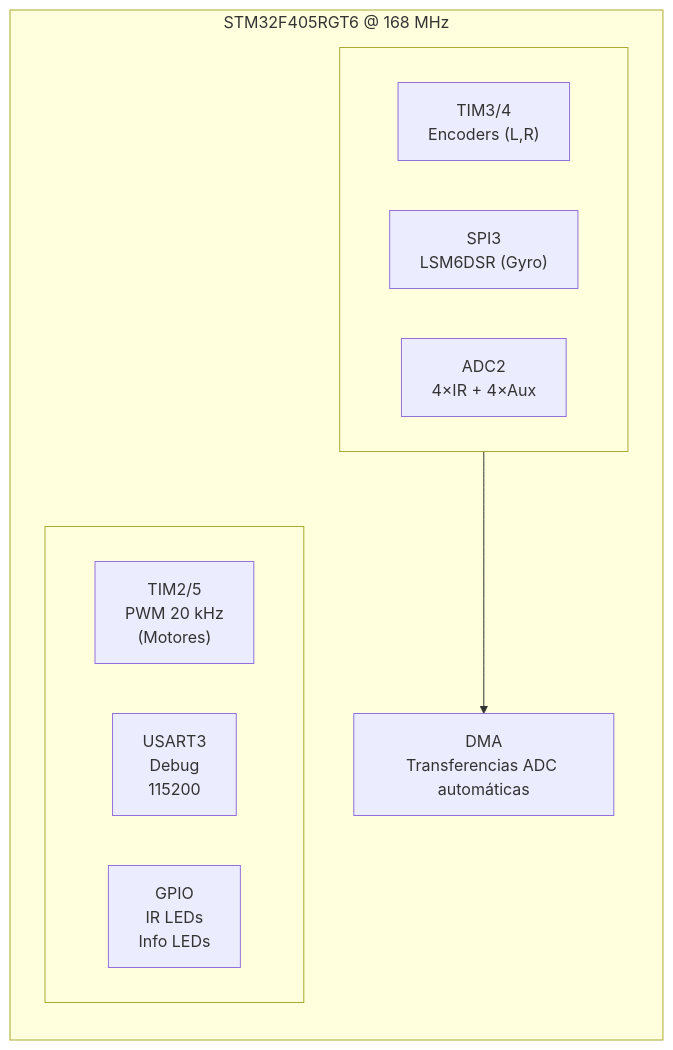
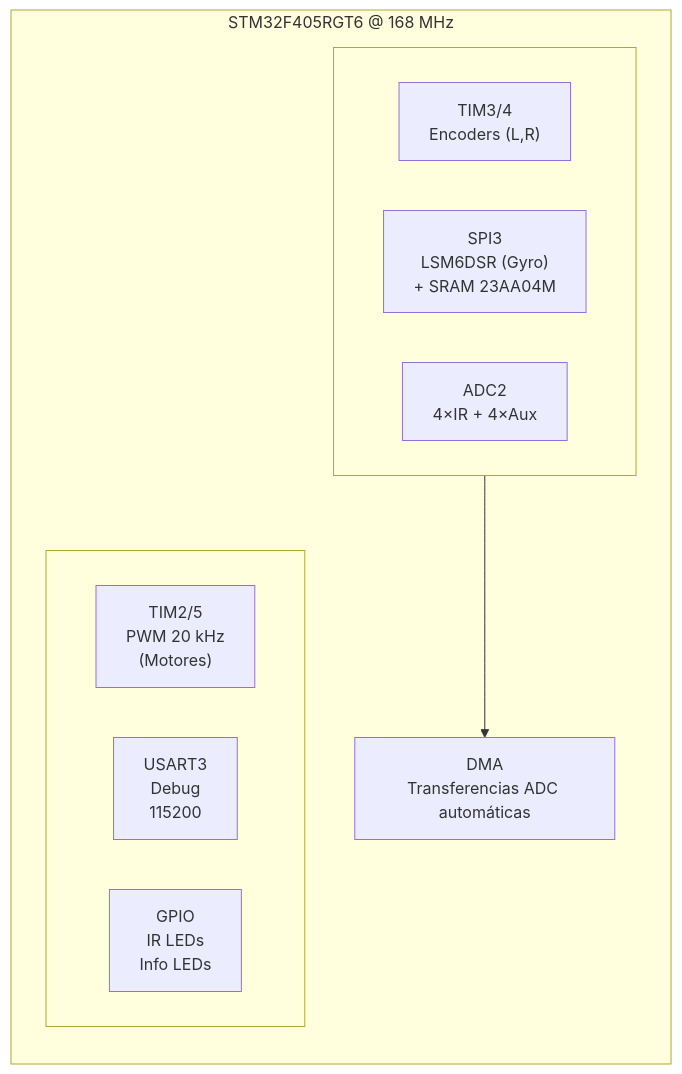
The diagram in docs/01-hardware.md (OPRobots/ZoroBot3), drawn with Mermaid before and after one commit. The commit also changed other lines of this file and 7 other files, not shown here.

````diff
--- a/docs/01-hardware.md
+++ b/docs/01-hardware.md
@@ -192,20 +209,20 @@
 ```mermaid
 flowchart TB
     subgraph MCU["STM32F405RGT6 @ 168 MHz"]
         direction TB
         subgraph row1[" "]
             direction LR
             P1["TIM3/4<br>Encoders (L,R)"]
-            P2["SPI3<br>LSM6DSR (Gyro)"]
+            P2["SPI3<br>LSM6DSR (Gyro)<br>+ SRAM 23AA04M"]
             P3["ADC2<br>4×IR + 4×Aux"]
         end
         subgraph row2[" "]
             direction LR
             P4["TIM2/5<br>PWM 20 kHz<br>(Motores)"]
             P5["USART3<br>Debug<br>115200"]
             P6["GPIO<br>IR LEDs<br>Info LEDs"]
         end
         DMA["DMA<br>Transferencias ADC automáticas"]
         P3 --> DMA
     end
 ```
````
